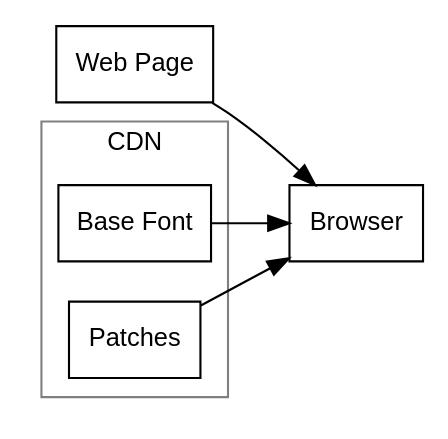
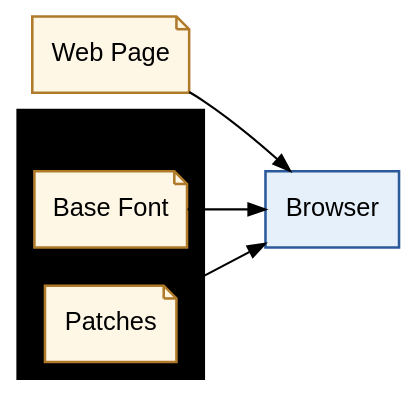
The second of 2 diagrams in content/post/2026/04/11/fonts-q1.org (wmedrano/wmedrano.dev), drawn with Graphviz before and after one commit. The commit also changed other lines of this file and 5 other files, not shown here.

```diff
--- a/content/post/2026/04/11/fonts-q1.org
+++ b/content/post/2026/04/11/fonts-q1.org
@@ -181,23 +203,27 @@
 #+BEGIN_SRC dot :file ift-client.svg :exports results
 digraph IFTClient {
   rankdir=LR;
-  node [fontname="sans-serif"; fontsize=12; shape=record;];
+  bgcolor="transparent";
+  node [fontname="sans-serif", fontsize=12, style="filled", penwidth=1.2];
+  edge [color="#555", arrowsize=0.8];
 
-  webpage [label="Web Page"];
-  browser [label="Browser"];
+  webpage [label="Web Page", shape=note, fillcolor="#fff7e6", color="#b07a2b"];
+  browser [label="Browser", shape=box, style="filled", fillcolor="#e6f0fb", color="#2b5a9b"];
 
   subgraph cluster_cdn {
     label="CDN";
-    color=gray;
     fontname="sans-serif";
     fontsize=12;
+    style="filled";
+    bgcolor="#f9f9f9";
+    color="#bbb";
 
-    basefont [label="Base Font"];
-    patches [label="Patches"];
+    basefont [label="Base Font", shape=note, fillcolor="#fff7e6", color="#b07a2b"];
+    patches  [label="Patches",   shape=note, fillcolor="#fff7e6", color="#b07a2b"];
   }
 
   webpage -> browser;
   basefont -> browser;
   patches -> browser;
 }
 #+END_SRC
```
